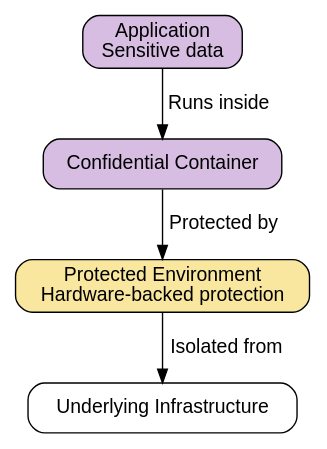
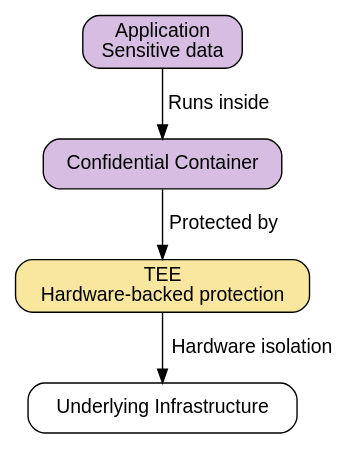
The second of 3 diagrams in docs/source/cybersecurity/platforms/microsoft/services/azure/compute/containers/azure_kub_service/azure_kub_service.md (prevLanky/prevLanky.github.io), drawn with Graphviz before and after one commit. The commit also changed other lines of this file and 2 other files, not shown here.

````diff
--- a/docs/source/cybersecurity/platforms/microsoft/services/azure/compute/containers/azure_kub_service/azure_kub_service.md
+++ b/docs/source/cybersecurity/platforms/microsoft/services/azure/compute/containers/azure_kub_service/azure_kub_service.md
@@ -80,24 +146,50 @@
 ```{graphviz}
 :caption: What Makes a Container Confidential?
 :align: center
 
 digraph architecture {
+
     rankdir=TB
     fontname="Helvetica"
 
-    node [shape=box style="rounded,filled" fontname="Helvetica"]
+    node [
+        shape=box
+        style="rounded,filled"
+        fontname="Helvetica"
+    ]
+
     edge [fontname="Helvetica"]
 
-    application [label="Application\nSensitive data", fillcolor="#D7BDE2"]
+    application [
+        label="Application\nSensitive data",
+        fillcolor="#D7BDE2"
+    ]
 
-    container [label="Confidential Container", fillcolor="#D7BDE2"]
+    container [
+        label="Confidential Container",
+        fillcolor="#D7BDE2"
+    ]
 
-    tee [label="Protected Environment\nHardware-backed protection", fillcolor="#F9E79F"]
+    tee [
+        label="TEE\nHardware-backed protection",
+        fillcolor="#F9E79F"
+    ]
 
-    host [label="Underlying Infrastructure", fillcolor="#FFFFFF"]
+    host [
+        label="Underlying Infrastructure",
+        fillcolor="#FFFFFF"
+    ]
 
-    application -> container [label="Runs inside"]
-    container -> tee [label="Protected by"]
-    tee -> host [label="Isolated from"]
+    application -> container [
+        label="Runs inside"
+    ]
+
+    container -> tee [
+        label="Protected by"
+    ]
+
+    tee -> host [
+        label="Hardware isolation"
+    ]
 }
 ```
````
